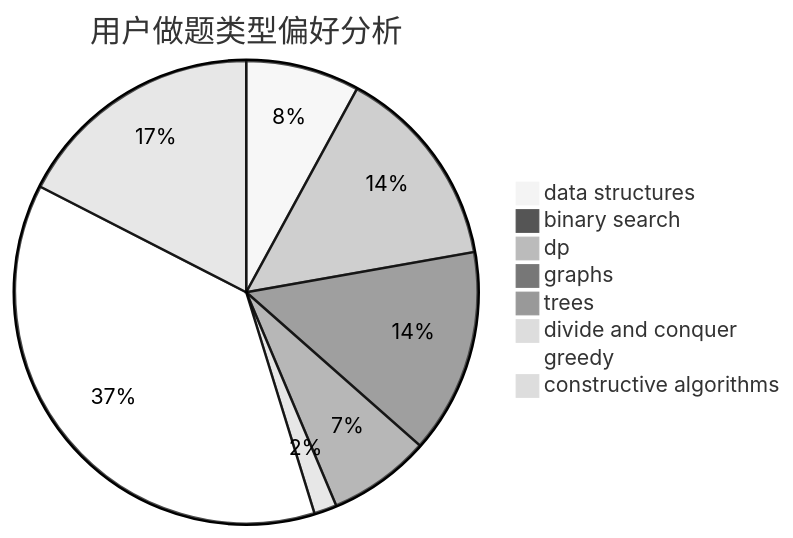
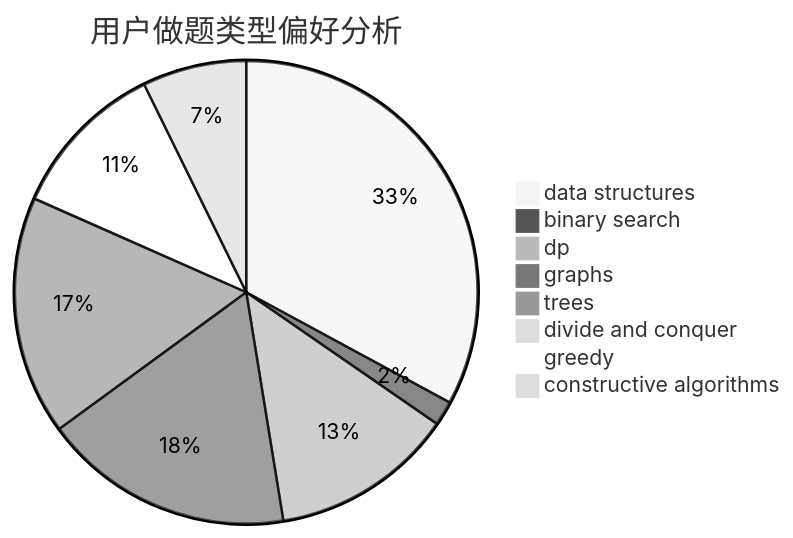
One commit to sherpahu/cfrs.github.io changed the second of 3 diagrams in docs/user/u190.md. Above: the diagram before and after it, drawn with Mermaid (neutral theme). The commit also changed other lines of this file and 2770 other files, not shown here.

````diff
--- a/docs/user/u190.md
+++ b/docs/user/u190.md
@@ -23,11 +23,11 @@
 ```mermaid
 pie title 用户做题类型偏好分析
-    "data structures" :  10
-    "binary search" :  0
-    "dp" :  18
-    "graphs" :  18
-    "trees" :  9
-    "divide and conquer" :  2
-    "greedy" :  47
-    "constructive algorithms" :  22
+    "data structures" :  77
+    "binary search" :  4
+    "dp" :  30
+    "graphs" :  41
+    "trees" :  39
+    "divide and conquer" :  0
+    "greedy" :  26
+    "constructive algorithms" :  17
 ```
````
